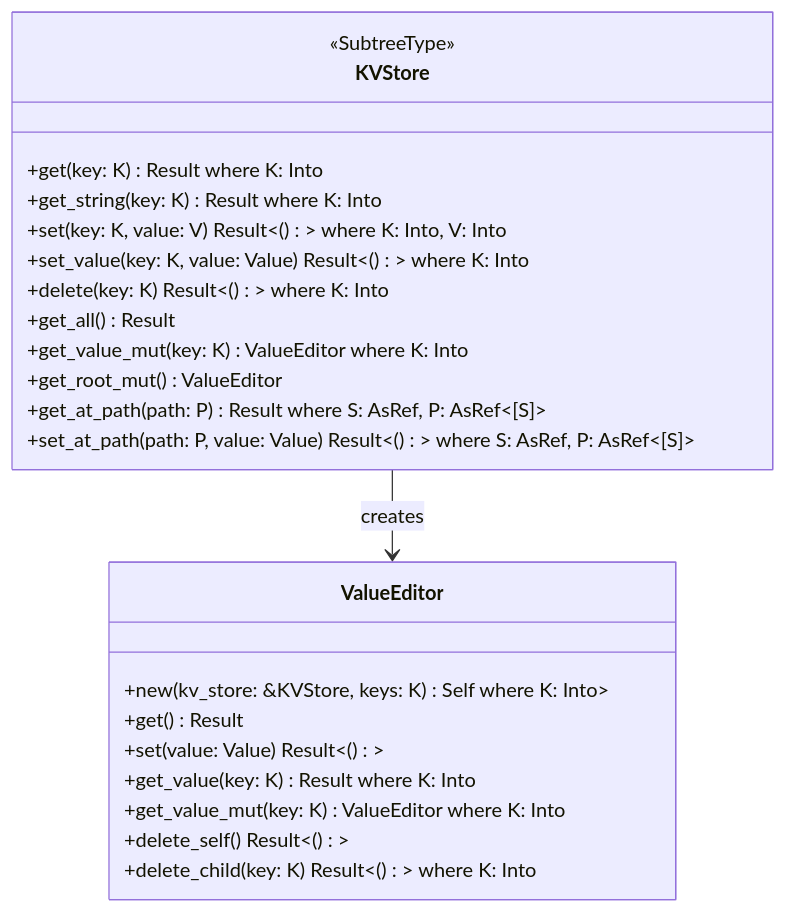
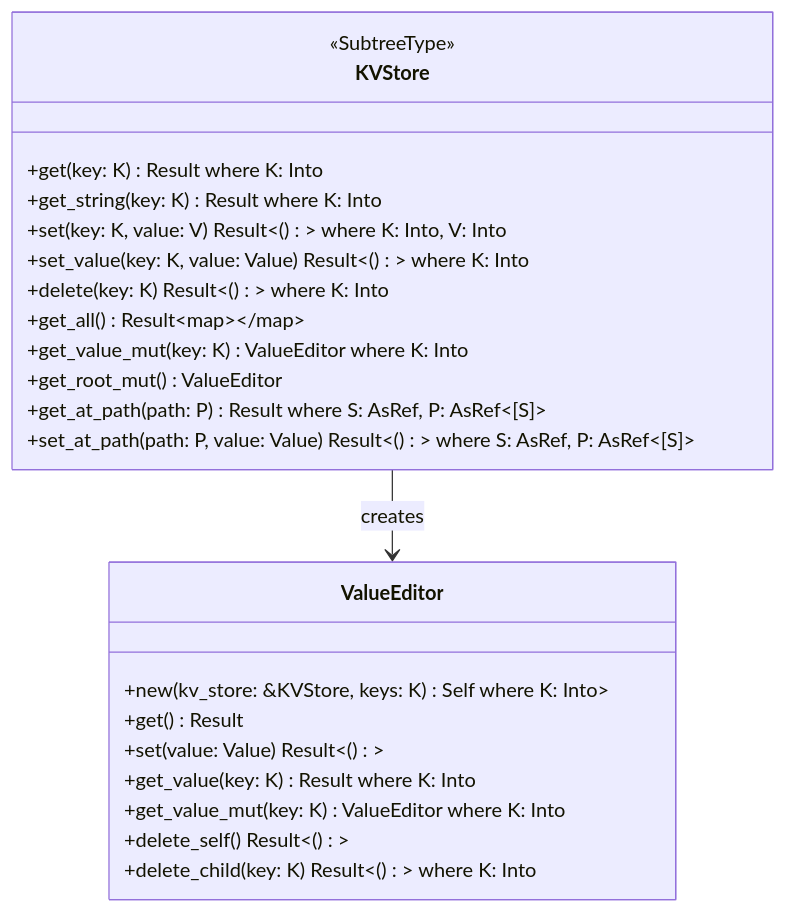
The second of 3 diagrams in docs/src/internal/core_components/subtrees.md (arcuru/eidetica), drawn with Mermaid before and after one commit. The commit also changed other lines of this file and 13 other files, not shown here.

````diff
--- a/docs/src/internal/core_components/subtrees.md
+++ b/docs/src/internal/core_components/subtrees.md
@@ -64,28 +64,28 @@
 ```mermaid
 classDiagram
     class KVStore {
         <<SubtreeType>>
         +get<K>(key: K) Result<Value> where K: Into<String>
         +get_string<K>(key: K) Result<String> where K: Into<String>
         +set<K, V>(key: K, value: V) Result<()> where K: Into<String>, V: Into<String>
         +set_value<K>(key: K, value: Value) Result<()> where K: Into<String>
         +delete<K>(key: K) Result<()> where K: Into<String>
-        +get_all() Result<Node>
+        +get_all() Result<Map>
         +get_value_mut<K>(key: K) ValueEditor where K: Into<String>
         +get_root_mut() ValueEditor
         +get_at_path<S, P>(path: P) Result<Value> where S: AsRef<str>, P: AsRef<[S]>
         +set_at_path<S, P>(path: P, value: Value) Result<()> where S: AsRef<str>, P: AsRef<[S]>
     }
 
     class ValueEditor {
         +new<K>(kv_store: &KVStore, keys: K) Self where K: Into<Vec<String>>
         +get() Result<Value>
         +set(value: Value) Result<()>
         +get_value<K>(key: K) Result<Value> where K: Into<String>
         +get_value_mut<K>(key: K) ValueEditor where K: Into<String>
         +delete_self() Result<()>
         +delete_child<K>(key: K) Result<()> where K: Into<String>
     }
 
     KVStore --> ValueEditor : creates
 ```
````
